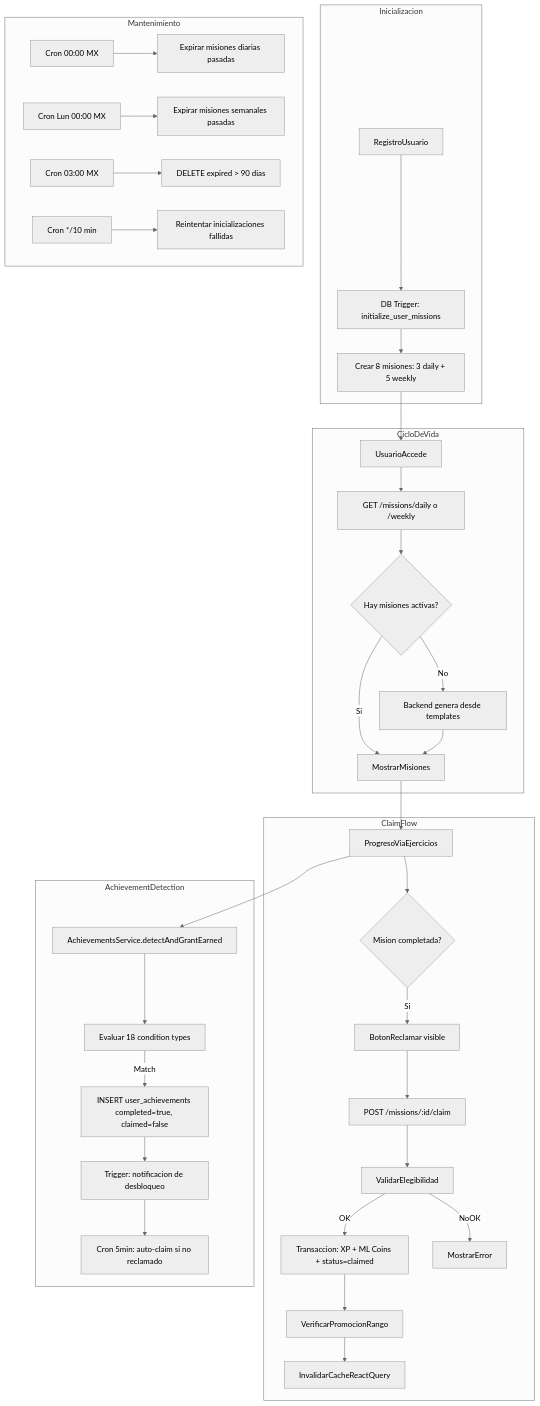
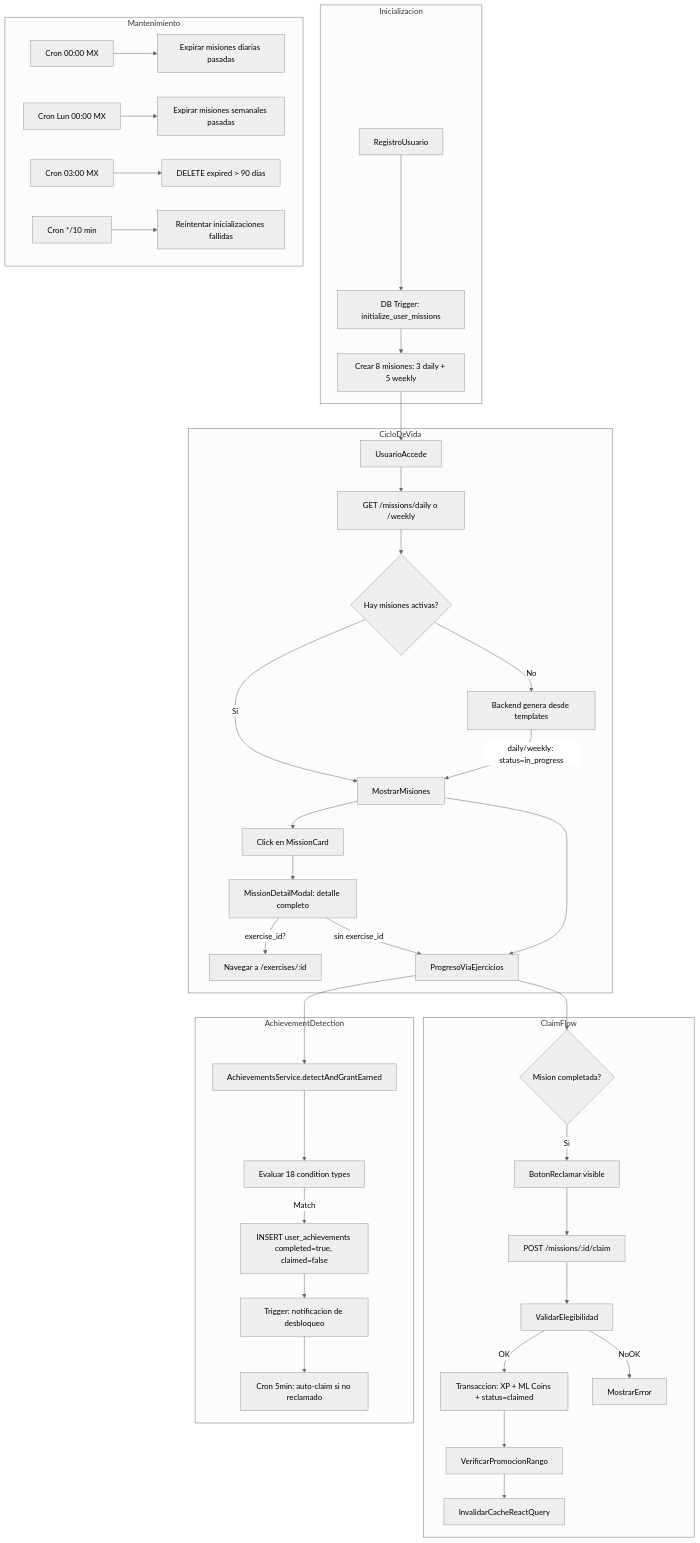
The diagram in docs/30-ux-ui/flujos/student/FLUJO-LOGROS-MISIONES-CLAIM.md (rckrdmrd/gamilit-workspace), drawn with Mermaid (neutral theme) before and after one commit. The commit also changed other lines of this file and 535 other files, not shown here.

````diff
--- a/docs/30-ux-ui/flujos/student/FLUJO-LOGROS-MISIONES-CLAIM.md
+++ b/docs/30-ux-ui/flujos/student/FLUJO-LOGROS-MISIONES-CLAIM.md
@@ -18,43 +18,47 @@
 ```mermaid
 flowchart TD
     subgraph Inicializacion
         register[RegistroUsuario] --> dbTrigger[DB Trigger: initialize_user_missions]
         dbTrigger --> create8[Crear 8 misiones: 3 daily + 5 weekly]
     end
 
     subgraph CicloDeVida
         create8 --> userLogin[UsuarioAccede]
         userLogin --> fetchMissions[GET /missions/daily o /weekly]
         fetchMissions --> checkActive{Hay misiones activas?}
         checkActive -->|Si| showMissions[MostrarMisiones]
         checkActive -->|No| generate[Backend genera desde templates]
-        generate --> showMissions
+        generate -->|daily/weekly: status=in_progress| showMissions
+        showMissions --> cardClick[Click en MissionCard]
+        cardClick --> detailModal[MissionDetailModal: detalle completo]
+        detailModal -->|exercise_id?| navExercise[Navegar a /exercises/:id]
+        detailModal -->|sin exercise_id| progress
     end
 
     subgraph ClaimFlow
         showMissions --> progress[ProgresoViaEjercicios]
         progress --> complete{Mision completada?}
         complete -->|Si| claimBtn[BotonReclamar visible]
         claimBtn --> apiClaim[POST /missions/:id/claim]
         apiClaim --> validate[ValidarElegibilidad]
         validate -->|OK| txRewards[Transaccion: XP + ML Coins + status=claimed]
         txRewards --> checkRank[VerificarPromocionRango]
         checkRank --> uiRefresh[InvalidarCacheReactQuery]
         validate -->|NoOK| showError[MostrarError]
     end
 
     subgraph AchievementDetection
         progress --> detectAch[AchievementsService.detectAndGrantEarned]
         detectAch --> eval18[Evaluar 18 condition types]
         eval18 -->|Match| insertUA[INSERT user_achievements completed=true, claimed=false]
         insertUA --> notif[Trigger: notificacion de desbloqueo]
         notif --> reconcile[Cron 5min: auto-claim si no reclamado]
     end
 
     subgraph Mantenimiento
         cronDaily[Cron 00:00 MX] --> expireDaily[Expirar misiones diarias pasadas]
         cronWeekly[Cron Lun 00:00 MX] --> expireWeekly[Expirar misiones semanales pasadas]
         cronCleanup[Cron 03:00 MX] --> deleteOld[DELETE expired > 90 dias]
         cronRetry[Cron */10 min] --> retryInit[Reintentar inicializaciones fallidas]
     end
 ```
````
